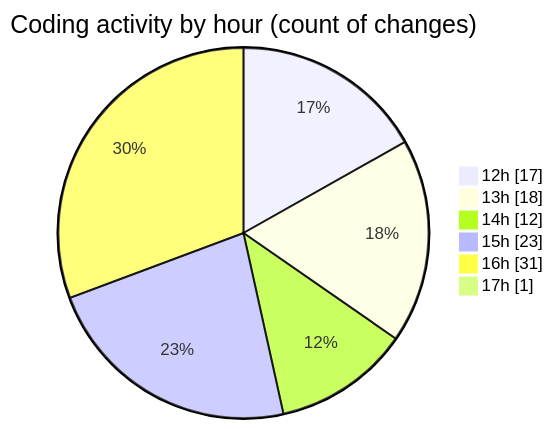
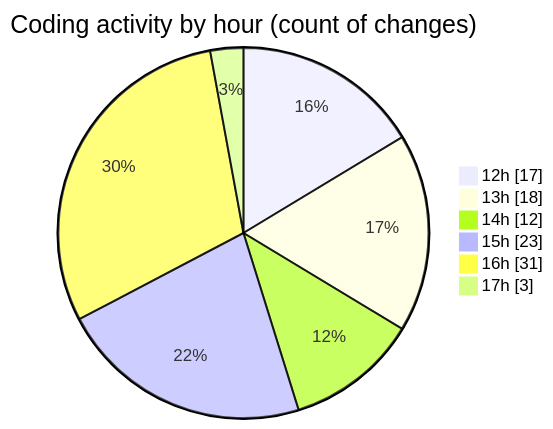
The second of 2 diagrams in 2025-06-01/video_app/README.md (CELIANVF/code-tracking), drawn with Mermaid before and after one commit. The commit also changed other lines of this file and 1 other file, not shown here.

````diff
--- a/2025-06-01/video_app/README.md
+++ b/2025-06-01/video_app/README.md
@@ -38,10 +38,10 @@
 ```mermaid
 pie showData
 title Coding activity by hour (count of changes)
 "12h" : 17
 "13h" : 18
 "14h" : 12
 "15h" : 23
 "16h" : 31
-"17h" : 1
+"17h" : 3
 ```
````
